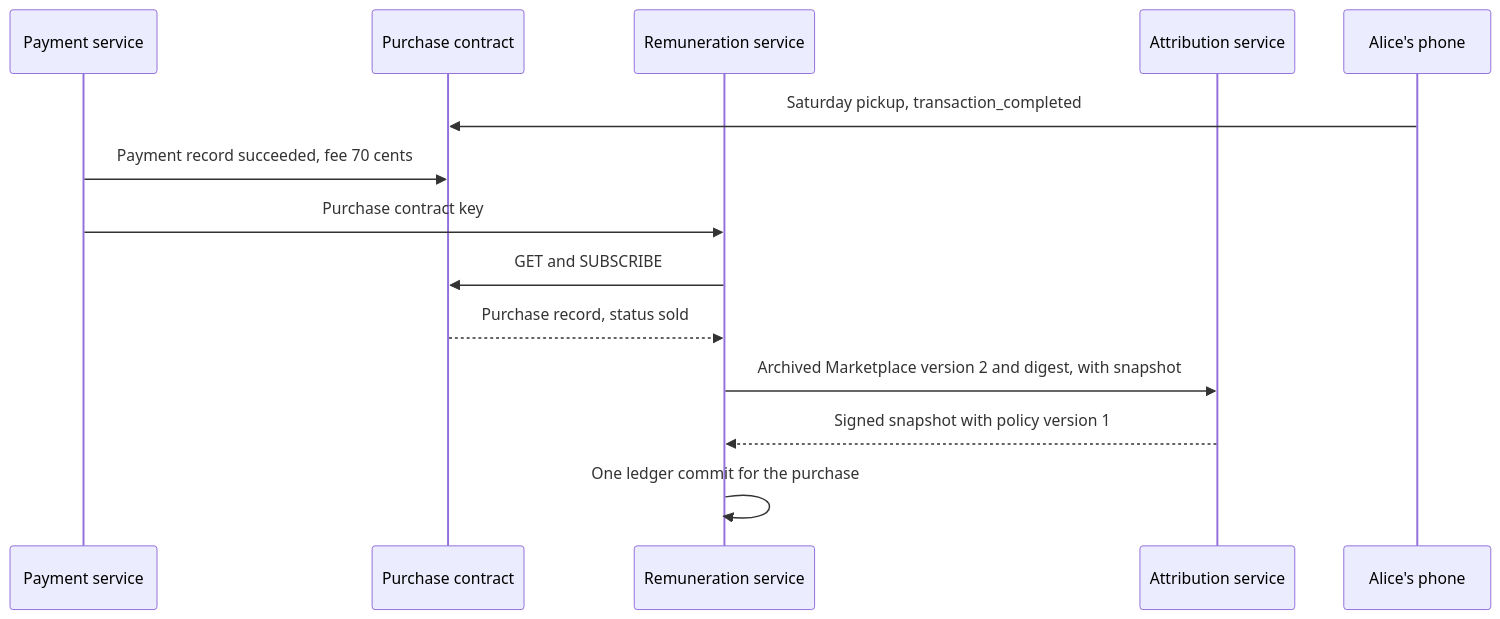
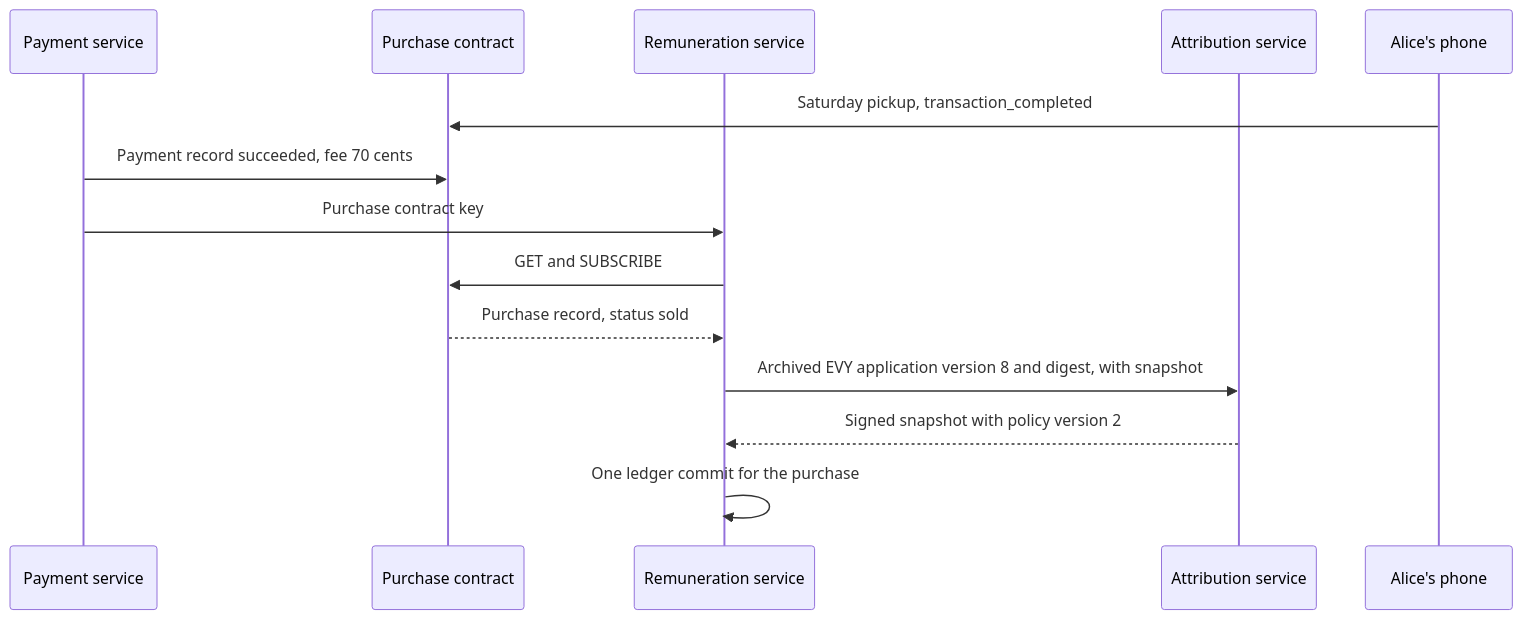
Before and after one commit to EVY-Platform/evy-freenet-plans: the first of 2 diagrams in 2-evy-on-freenet/09-remuneration.md, drawn with Mermaid. The commit also changed other lines of this file and 35 other files, not shown here.

````diff
--- a/2-evy-on-freenet/09-remuneration.md
+++ b/2-evy-on-freenet/09-remuneration.md
@@ -27,16 +28,16 @@
 ```mermaid
 sequenceDiagram
     participant Pay as Payment service
     participant Purchase as Purchase contract
     participant Rem as Remuneration service
     participant Attr as Attribution service
     participant Alice as Alice's phone
     Alice->>Purchase: Saturday pickup, transaction_completed
     Pay->>Purchase: Payment record succeeded, fee 70 cents
     Pay->>Rem: Purchase contract key
     Rem->>Purchase: GET and SUBSCRIBE
     Purchase-->>Rem: Purchase record, status sold
-    Rem->>Attr: Archived Marketplace version 2 and digest, with snapshot
-    Attr-->>Rem: Signed snapshot with policy version 1
+    Rem->>Attr: Archived EVY application version 8 and digest, with snapshot
+    Attr-->>Rem: Signed snapshot with policy version 2
     Rem->>Rem: One ledger commit for the purchase
 ```
````
